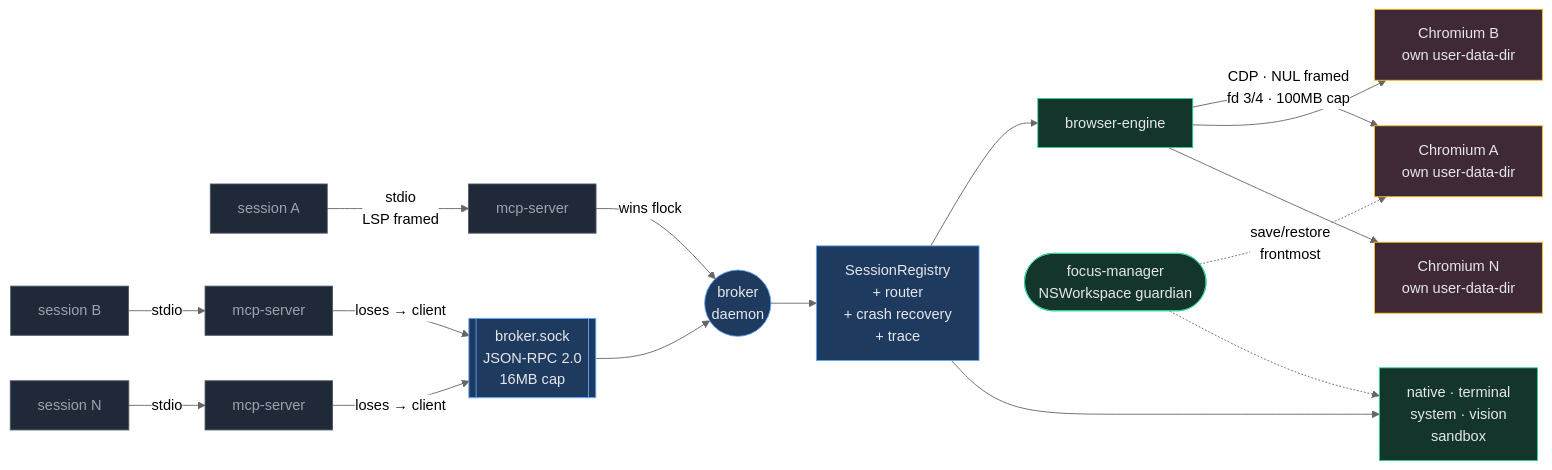
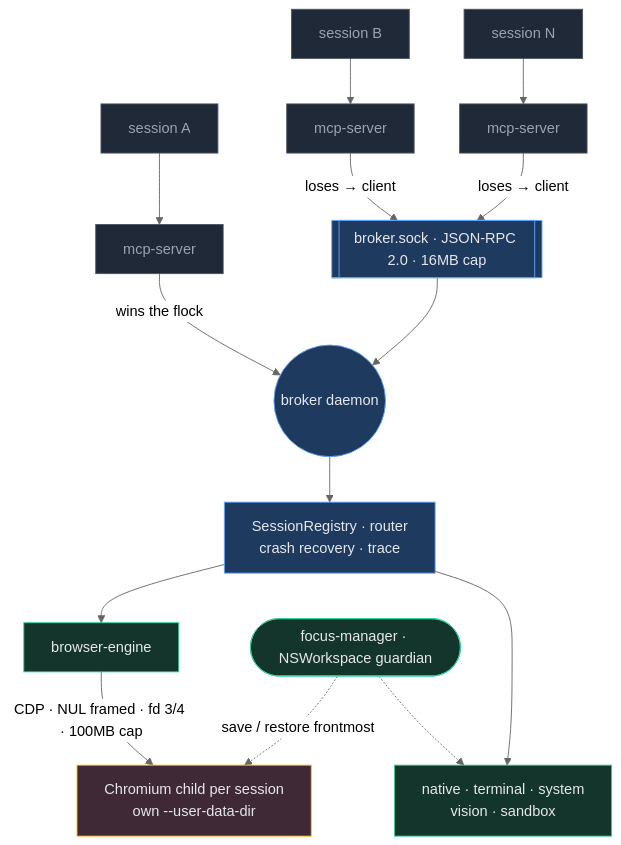
The third of 5 diagrams in README.md (ElijahUmana/one-for-all), drawn with Mermaid (neutral theme) before and after one commit.

Commit message:
Reflow the topology diagram so it renders legibly
It was laid out left-to-right across seven stages, giving a 1695x512 canvas.
GitHub scales mermaid to the container width, so a 3.3:1 diagram was squeezed to
roughly 270px tall and every label became unreadable.

Top-to-bottom instead: 684x925, which scales up rather than down and renders
around 1200px tall. Same content, one fewer redundant node.

Measured the rendered aspect of all five blocks; the rest sit between 0.74 and
2.00 and clear the threshold.

````diff
--- a/README.md
+++ b/README.md
@@ -149,32 +149,31 @@
 ```mermaid
-flowchart LR
-    S1["session A"] -->|"stdio<br/>LSP framed"| M1["mcp-server"]
-    S2["session B"] -->|"stdio"| M2["mcp-server"]
-    S3["session N"] -->|"stdio"| M3["mcp-server"]
+flowchart TB
+    S1["session A"] --> M1["mcp-server"]
+    S2["session B"] --> M2["mcp-server"]
+    S3["session N"] --> M3["mcp-server"]
 
-    M1 -->|"wins flock"| BK(("broker<br/>daemon"))
-    M2 -->|"loses → client"| SK[["broker.sock<br/>JSON-RPC 2.0<br/>16MB cap"]]
+    M1 -->|"wins the flock"| BK
+    M2 -->|"loses → client"| SK
     M3 -->|"loses → client"| SK
-    SK --> BK
 
-    BK --> RG["SessionRegistry<br/>+ router<br/>+ crash recovery<br/>+ trace"]
+    SK[["broker.sock · JSON-RPC 2.0 · 16MB cap"]] --> BK
+
+    BK(("broker daemon")) --> RG["SessionRegistry · router<br/>crash recovery · trace"]
 
     RG --> BE["browser-engine"]
-    RG --> OT["native · terminal<br/>system · vision<br/>sandbox"]
+    RG --> OT["native · terminal · system<br/>vision · sandbox"]
 
-    BE -->|"CDP · NUL framed<br/>fd 3/4 · 100MB cap"| C1["Chromium A<br/>own user-data-dir"]
-    BE --> C2["Chromium B<br/>own user-data-dir"]
-    BE --> C3["Chromium N<br/>own user-data-dir"]
+    BE -->|"CDP · NUL framed · fd 3/4 · 100MB cap"| CH["Chromium child per session<br/>own --user-data-dir"]
 
-    FM(["focus-manager<br/>NSWorkspace guardian"]) -.->|"save/restore<br/>frontmost"| C1
+    FM(["focus-manager · NSWorkspace guardian"]) -.->|"save / restore frontmost"| CH
     FM -.-> OT
 
     classDef sess fill:#1f2937,stroke:#4b5563,color:#9ca3af
     classDef core fill:#1e3a5f,stroke:#60a5fa,color:#e5e7eb
     classDef eng fill:#14352b,stroke:#34d399,color:#e5e7eb
     classDef krom fill:#3f2937,stroke:#fbbf24,color:#e5e7eb
     class S1,S2,S3,M1,M2,M3 sess
     class BK,RG,SK core
     class BE,OT,FM eng
-    class C1,C2,C3 krom
+    class CH krom
 ```
````
